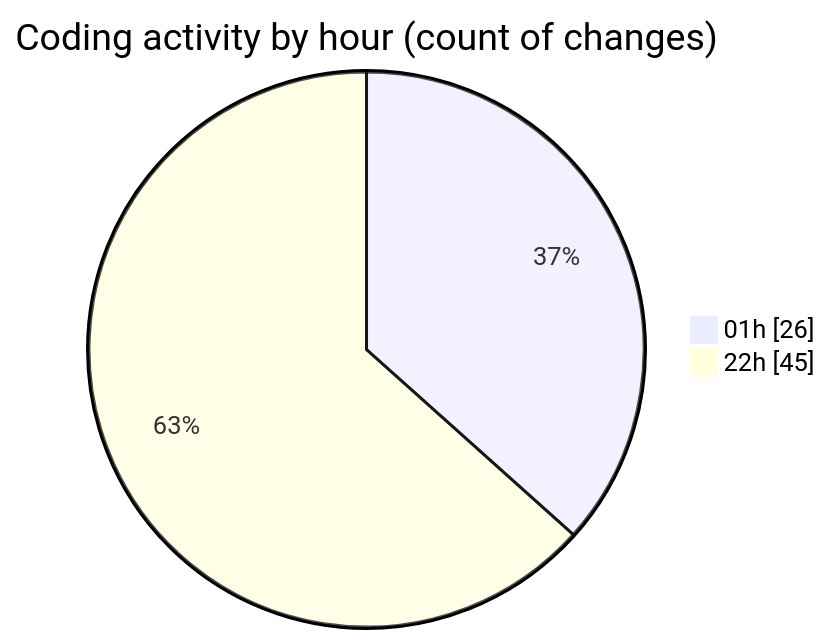
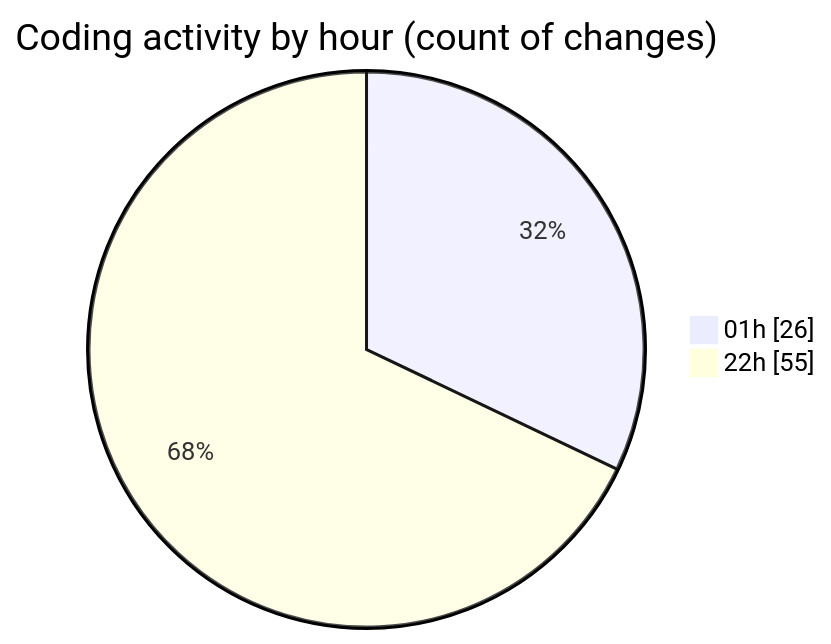
One commit to Ritupan-Deka/code-tracking changed the second of 2 diagrams in 2025-01-28/0starter_files/README.md. Above: the diagram before and after it, drawn with Mermaid. The commit also changed other lines of this file and 1 other file, not shown here.

````diff
--- a/2025-01-28/0starter_files/README.md
+++ b/2025-01-28/0starter_files/README.md
@@ -28,6 +28,6 @@
 ```mermaid
 pie showData
 title Coding activity by hour (count of changes)
 "01h" : 26
-"22h" : 45
+"22h" : 55
 ```
````
